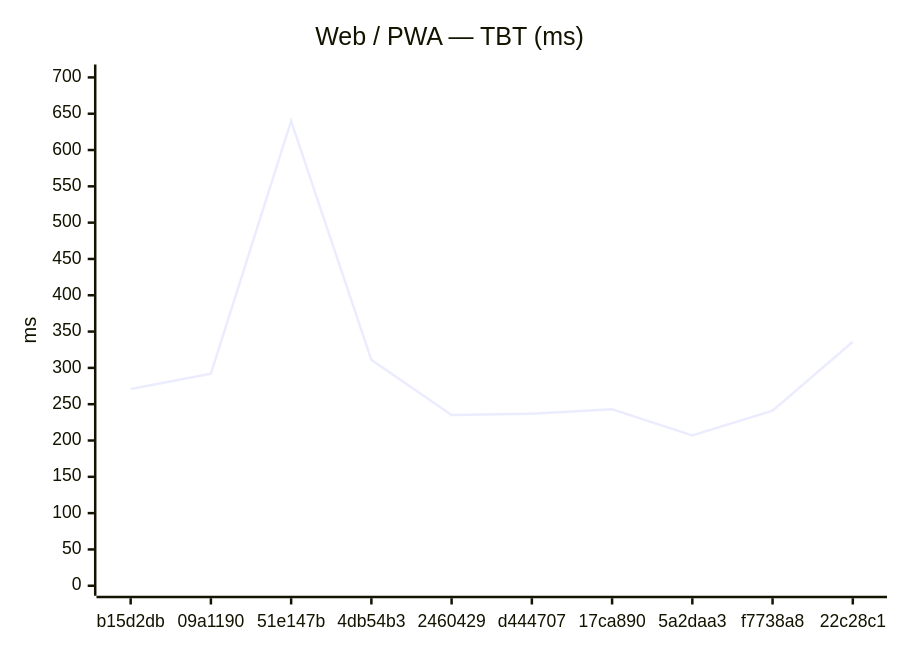
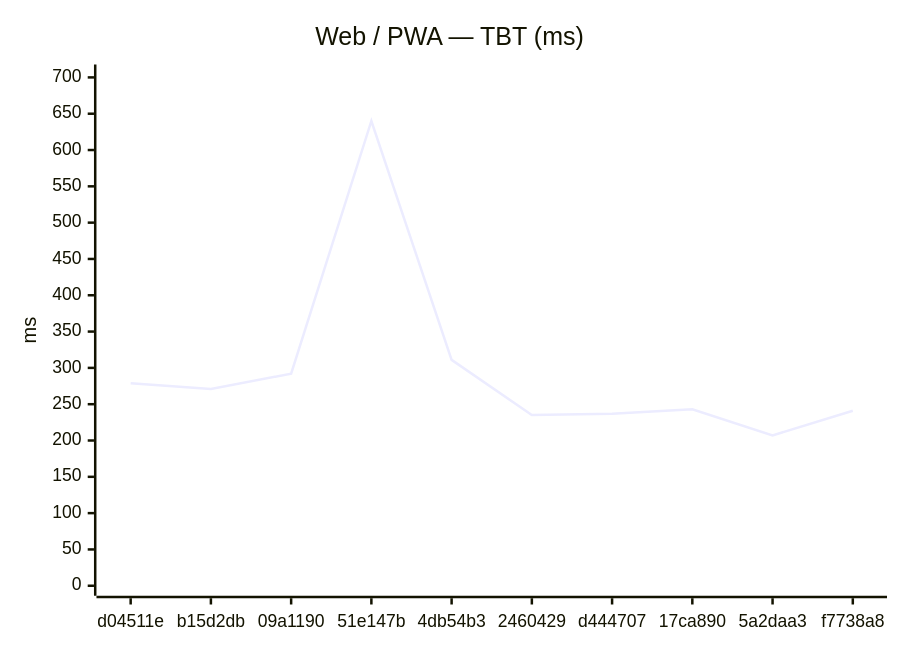
Before and after one commit to Metaheurist/Rianell: the second of 18 diagrams in benchmarks/compare.md, drawn with Mermaid. The commit also changed other lines of this file and 11 other files, not shown here.

````diff
--- a/benchmarks/compare.md
+++ b/benchmarks/compare.md
@@ -31,7 +31,7 @@
 ```mermaid
 xychart-beta
     title "Web / PWA — TBT (ms)"
-    x-axis ["b15d2db", "09a1190", "51e147b", "4db54b3", "2460429", "d444707", "17ca890", "5a2daa3", "f7738a8", "22c28c1"]
+    x-axis ["d04511e", "b15d2db", "09a1190", "51e147b", "4db54b3", "2460429", "d444707", "17ca890", "5a2daa3", "f7738a8"]
     y-axis "ms" 0 --> 704
-    line [271, 292, 640, 311, 235, 237, 243, 207, 241, 336]
+    line [279, 271, 292, 640, 311, 235, 237, 243, 207, 241]
 ```
````
